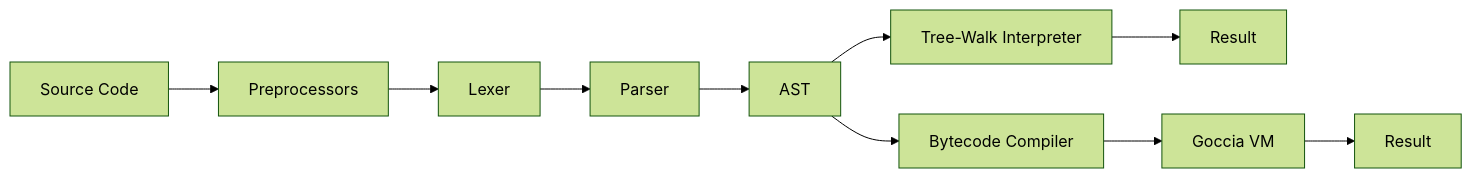
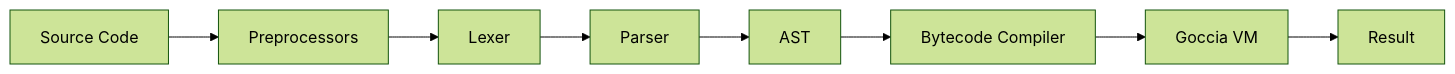
The diagram in README.md (frostney/GocciaScript), drawn with Mermaid (forest theme) before and after one commit. The commit also changed other lines of this file and 41 other files, not shown here.

First line of the commit message:
docs: the docs describe one bytecode engine, and ADR 0138 records the interpreter's removal

````diff
--- a/README.md
+++ b/README.md
@@ -373,6 +373,5 @@
 ```mermaid
 flowchart LR
     Source["Source Code"] --> Preprocessors["Preprocessors"] --> Lexer --> Parser --> AST
-    AST --> Interpreter["Tree-Walk Interpreter"] --> Result1["Result"]
-    AST --> Compiler["Bytecode Compiler"] --> VM["Goccia VM"] --> Result2["Result"]
+    AST --> Compiler["Bytecode Compiler"] --> VM["Goccia VM"] --> Result["Result"]
 ```
````
